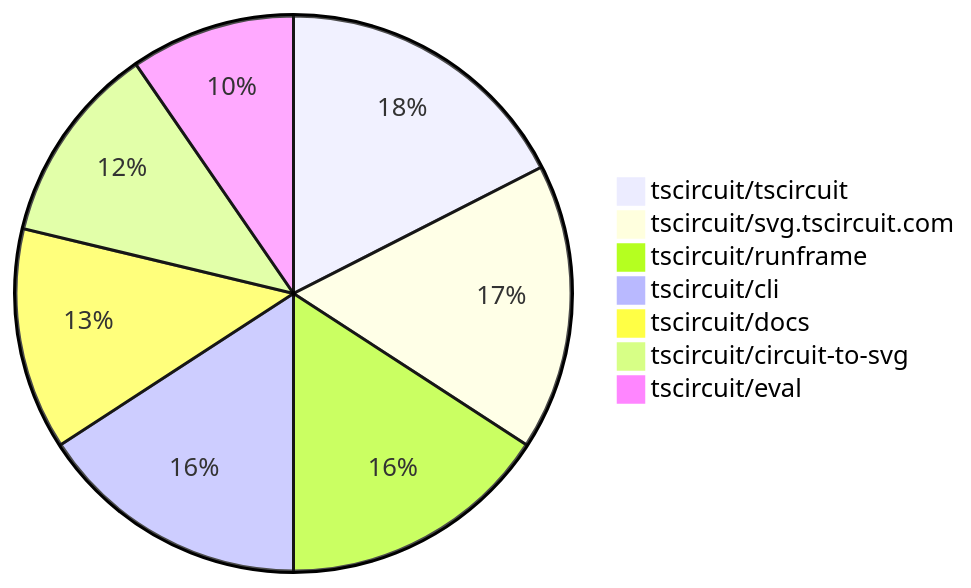
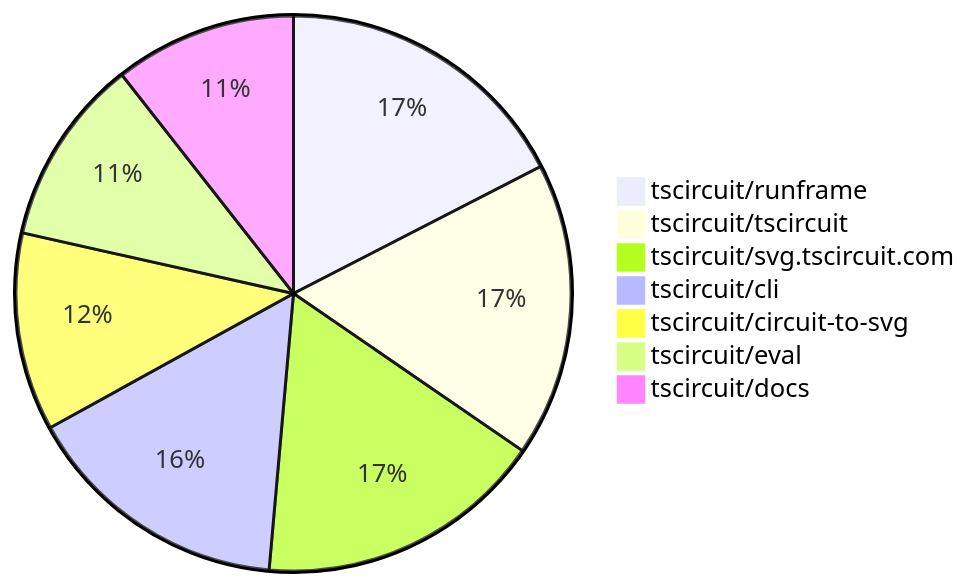
Before and after one commit to tscircuit/contribution-tracker: the second of 2 diagrams in README.md, drawn with Mermaid. The commit also changed other lines of this file and 3 other files, not shown here.

````diff
--- a/README.md
+++ b/README.md
@@ -135,10 +145,10 @@
 ```mermaid
 pie
-    "tscircuit/tscircuit" : 42
-    "tscircuit/svg.tscircuit.com" : 40
-    "tscircuit/runframe" : 38
-    "tscircuit/cli" : 38
-    "tscircuit/docs" : 31
-    "tscircuit/circuit-to-svg" : 28
-    "tscircuit/eval" : 23
+    "tscircuit/runframe" : 56
+    "tscircuit/tscircuit" : 55
+    "tscircuit/svg.tscircuit.com" : 54
+    "tscircuit/cli" : 50
+    "tscircuit/circuit-to-svg" : 37
+    "tscircuit/eval" : 35
+    "tscircuit/docs" : 34
 ```
````
